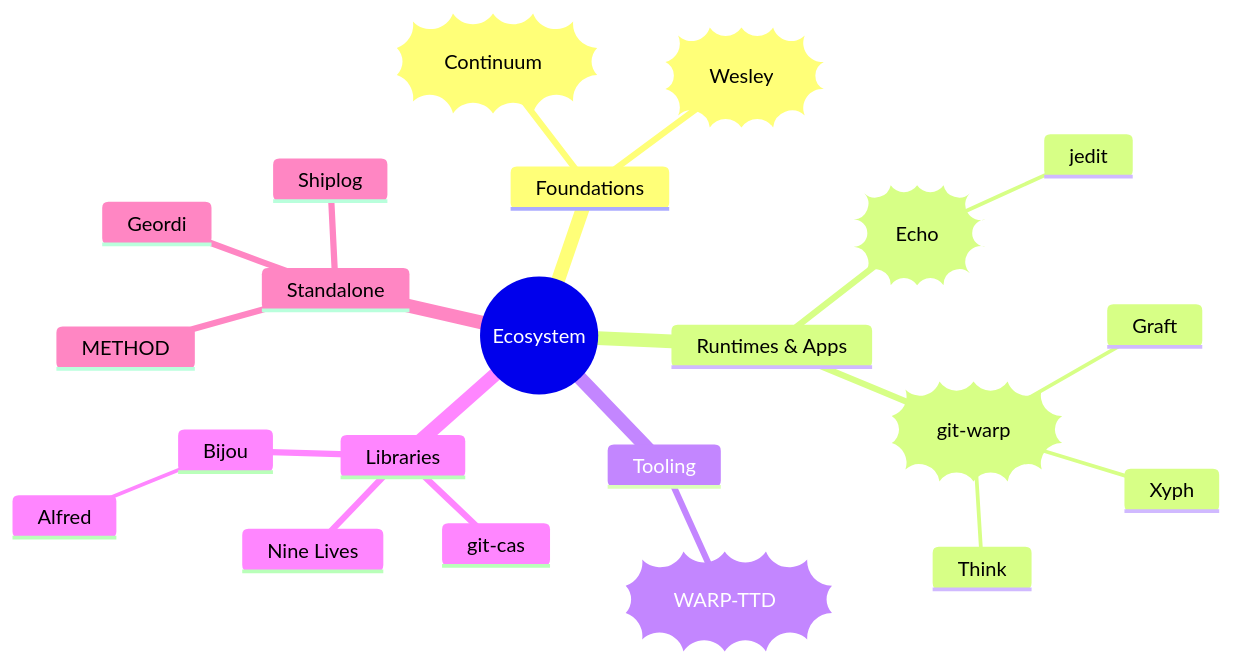
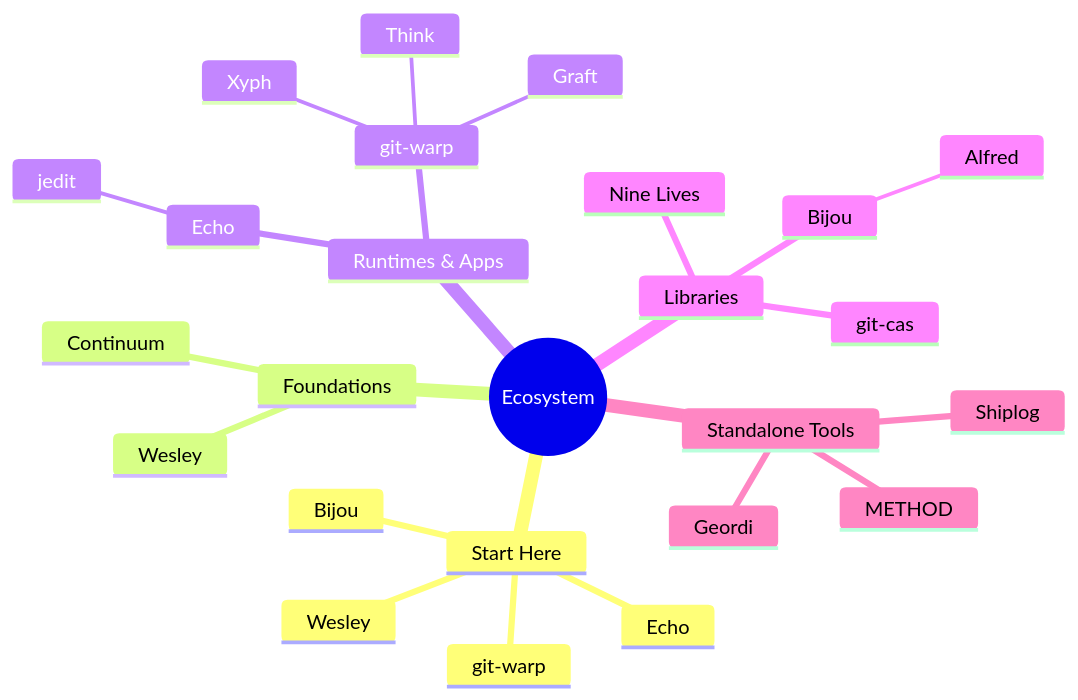
The diagram in README.md (flyingrobots/flyingrobots), drawn with Mermaid before and after one commit. The commit also changed other lines of this file, not shown here.

````diff
--- a/README.md
+++ b/README.md
@@ -23,25 +23,28 @@
 ```mermaid
- mindmap
-    root((Ecosystem))
-      Foundations
-        ))Continuum((
-        ))Wesley((
-      Runtimes & Apps
-        ))Echo((
-          jedit
-        ))git-warp((
-          Graft
-          Think
-          Xyph
-      Tooling
-        ))WARP-TTD((
-      Libraries
-        Bijou
-          Alfred
-        Nine Lives
-        git-cas
-      Standalone
-        Geordi
-        Shiplog
-        METHOD
+mindmap
+  root((Ecosystem))
+    Start Here
+      Bijou
+      Wesley
+      Echo
+      git-warp
+    Foundations
+      Continuum
+      Wesley
+    Runtimes & Apps
+      Echo
+        jedit
+      git-warp
+        Graft
+        Think
+        Xyph
+    Libraries
+      Bijou
+        Alfred
+      Nine Lives
+      git-cas
+    Standalone Tools
+      Geordi
+      Shiplog
+      METHOD
 ```
````
